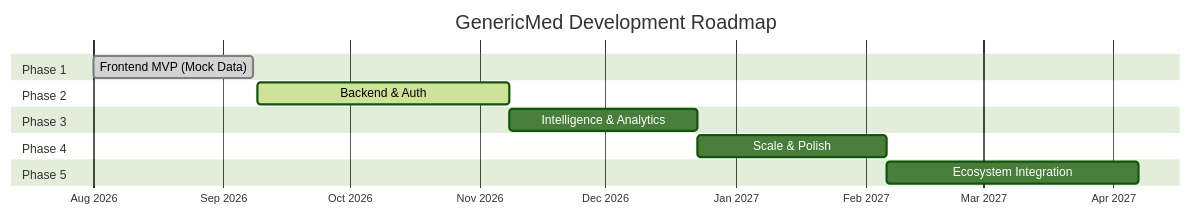
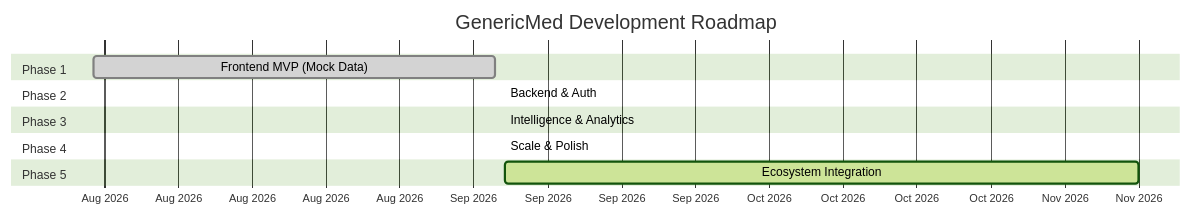
The first of 2 diagrams in phases.md (Yogendra-Kumbhare/GenMed), drawn with Mermaid (forest theme) before and after one commit. The commit also changed other lines of this file and 99 other files, not shown here.

````diff
--- a/phases.md
+++ b/phases.md
@@ -11,21 +11,21 @@
 ```mermaid
 gantt
     title GenericMed Development Roadmap
     dateFormat  YYYY-MM-DD
     axisFormat  %b %Y
 
     section Phase 1
     Frontend MVP (Mock Data)        :done, p1, 2026-08-01, 2026-09-08
 
     section Phase 2
-    Backend & Auth                  :active, p2, 2026-09-09, 60d
+    Backend & Auth                  :done, p2, 2026-09-09, 2026-09-09
 
     section Phase 3
-    Intelligence & Analytics        :p3, after p2, 45d
+    Intelligence & Analytics        :done, p3, 2026-09-09, 2026-09-09
 
     section Phase 4
-    Scale & Polish                  :p4, after p3, 45d
+    Scale & Polish                  :done, p4, 2026-09-09, 2026-09-09
 
     section Phase 5
-    Ecosystem Integration           :p5, after p4, 60d
+    Ecosystem Integration           :active, p5, after p4, 60d
 ```
````
